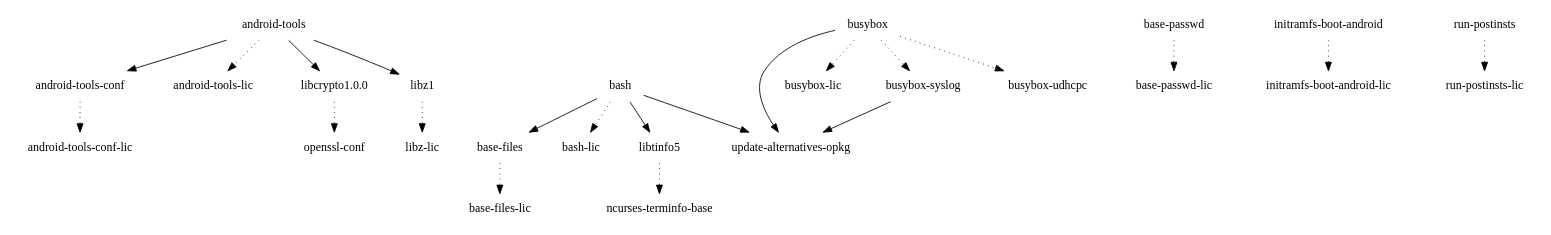
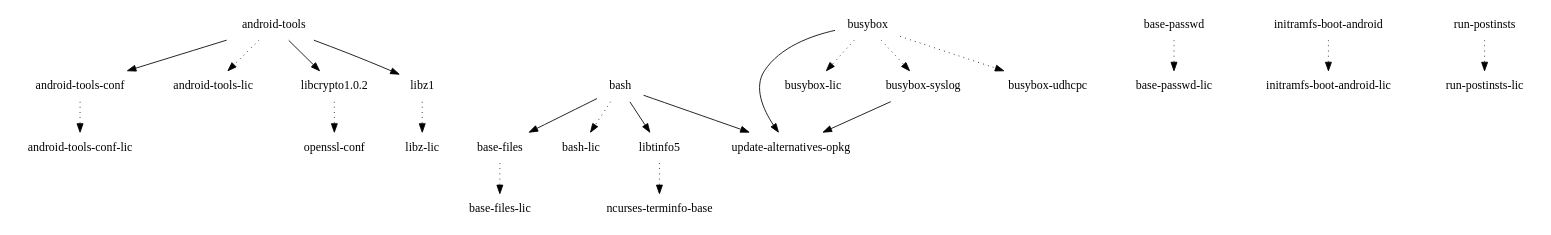
Before and after one commit to webOS-ports/buildhistory: the diagram in images/mako/glibc/initramfs-android-image/depends-nokernel-nolibc.dot, drawn with Graphviz. The commit also changed 25 other files, not shown here.

```diff
--- a/images/mako/glibc/initramfs-android-image/depends-nokernel-nolibc.dot
+++ b/images/mako/glibc/initramfs-android-image/depends-nokernel-nolibc.dot
@@ -1,24 +1,24 @@
 digraph depends {
     node [shape=plaintext]
 "android-tools" -> "android-tools-conf";
 "android-tools" -> "android-tools-lic" [style=dotted];
-"android-tools" -> "libcrypto1.0.0";
+"android-tools-conf" -> "android-tools-conf-lic" [style=dotted];
+"android-tools" -> "libcrypto1.0.2";
 "android-tools" -> "libz1";
-"android-tools-conf" -> "android-tools-conf-lic" [style=dotted];
 "base-files" -> "base-files-lic" [style=dotted];
 "base-passwd" -> "base-passwd-lic" [style=dotted];
 "bash" -> "base-files";
 "bash" -> "bash-lic" [style=dotted];
 "bash" -> "libtinfo5";
 "bash" -> "update-alternatives-opkg";
 "busybox" -> "busybox-lic" [style=dotted];
 "busybox" -> "busybox-syslog" [style=dotted];
 "busybox" -> "busybox-udhcpc" [style=dotted];
+"busybox-syslog" -> "update-alternatives-opkg";
 "busybox" -> "update-alternatives-opkg";
-"busybox-syslog" -> "update-alternatives-opkg";
 "initramfs-boot-android" -> "initramfs-boot-android-lic" [style=dotted];
-"libcrypto1.0.0" -> "openssl-conf" [style=dotted];
+"libcrypto1.0.2" -> "openssl-conf" [style=dotted];
 "libtinfo5" -> "ncurses-terminfo-base" [style=dotted];
 "libz1" -> "libz-lic" [style=dotted];
 "run-postinsts" -> "run-postinsts-lic" [style=dotted];
 }
```
